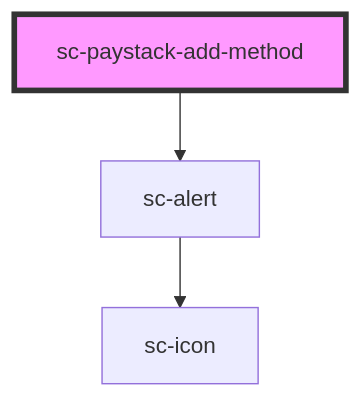
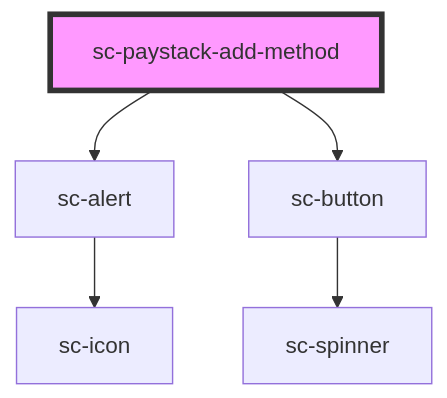
Before and after one commit to surecart/surecart-wp-plugin: the diagram in packages/components/src/components/ui/sc-paystack-add-method/readme.md, drawn with Mermaid. The commit also changed other lines of this file and 27 other files, not shown here.

````diff
--- a/packages/components/src/components/ui/sc-paystack-add-method/readme.md
+++ b/packages/components/src/components/ui/sc-paystack-add-method/readme.md
@@ -25,6 +26,8 @@
 ```mermaid
 graph TD;
   sc-paystack-add-method --> sc-alert
+  sc-paystack-add-method --> sc-button
   sc-alert --> sc-icon
+  sc-button --> sc-spinner
   style sc-paystack-add-method fill:#f9f,stroke:#333,stroke-width:4px
 ```
````
